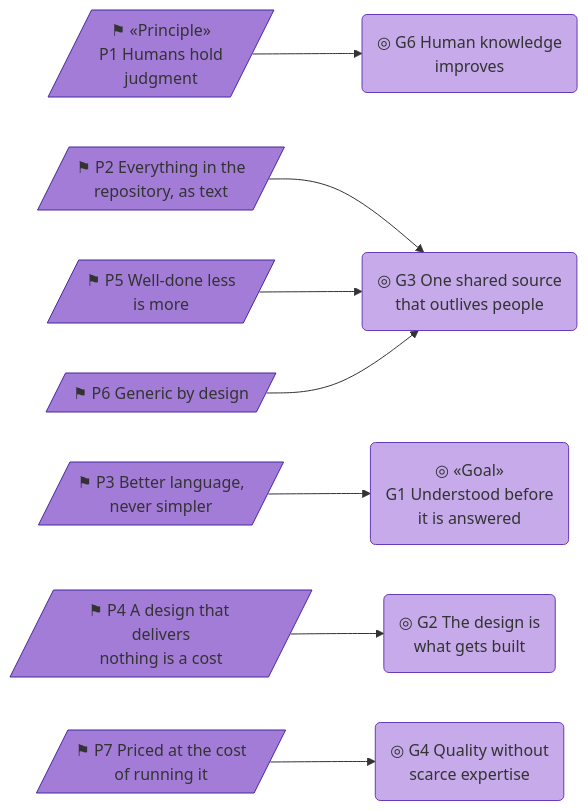
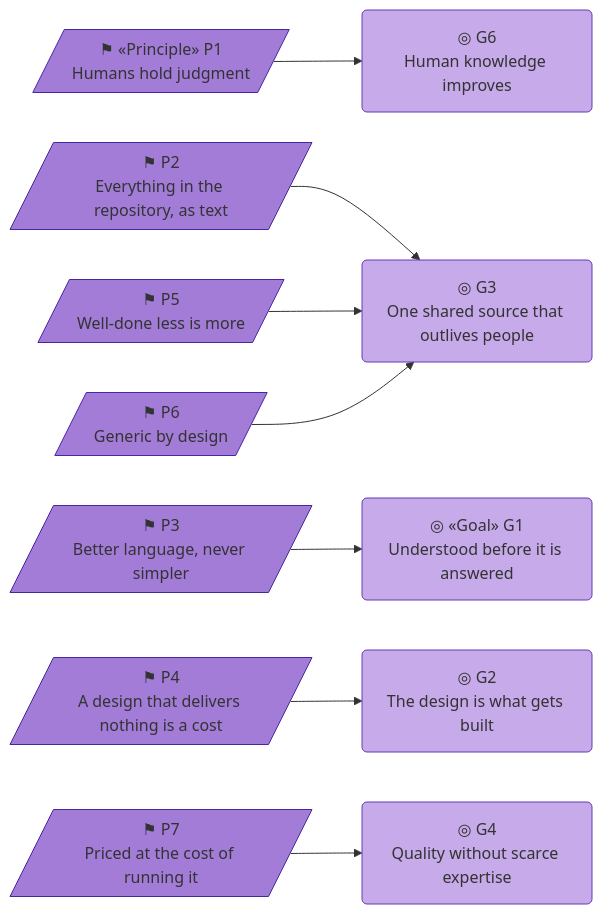
The seventh of 7 diagrams in organization/docs/ea/1_strategy/1_motivation.md (roanboc/architecture-archreator), drawn with Mermaid before and after one commit. The commit also changed other lines of this file and 6 other files, not shown here.

````diff
--- a/organization/docs/ea/1_strategy/1_motivation.md
+++ b/organization/docs/ea/1_strategy/1_motivation.md
@@ -337,27 +337,27 @@
 ```mermaid
 flowchart LR
-  p1[/"⚑ «Principle»<br>P1 Humans hold<br>judgment"/]:::principle
-  p2[/"⚑ P2 Everything in the<br>repository, as text"/]:::principle
-  p3[/"⚑ P3 Better language,<br>never simpler"/]:::principle
-  p4[/"⚑ P4 A design that delivers<br>nothing is a cost"/]:::principle
-  p5[/"⚑ P5 Well-done less<br>is more"/]:::principle
-  p6[/"⚑ P6 Generic by design"/]:::principle
-  p7[/"⚑ P7 Priced at the cost<br>of running it"/]:::principle
+  p1[/"⚑ «Principle» P1<br>Humans hold judgment"/]:::principle
+  p2[/"⚑ P2<br>Everything in the repository, as text"/]:::principle
+  p3[/"⚑ P3<br>Better language, never simpler"/]:::principle
+  p4[/"⚑ P4<br>A design that delivers nothing is a cost"/]:::principle
+  p5[/"⚑ P5<br>Well-done less is more"/]:::principle
+  p6[/"⚑ P6<br>Generic by design"/]:::principle
+  p7[/"⚑ P7<br>Priced at the cost of running it"/]:::principle
 
-  g1("◎ «Goal»<br>G1 Understood before<br>it is answered"):::goal
-  g2("◎ G2 The design is<br>what gets built"):::goal
-  g3("◎ G3 One shared source<br>that outlives people"):::goal
-  g4("◎ G4 Quality without<br>scarce expertise"):::goal
-  g6("◎ G6 Human knowledge<br>improves"):::goal
+  g1("◎ «Goal» G1<br>Understood before it is answered"):::goal
+  g2("◎ G2<br>The design is what gets built"):::goal
+  g3("◎ G3<br>One shared source that outlives people"):::goal
+  g4("◎ G4<br>Quality without scarce expertise"):::goal
+  g6("◎ G6<br>Human knowledge improves"):::goal
 
   p3 --> g1
   p4 --> g2
   p2 --> g3
   p5 --> g3
   p6 --> g3
   p7 --> g4
   p1 --> g6
 
   classDef principle fill:#a37cd8,stroke:#4527a0,color:#333
   classDef goal fill:#c6aae9,stroke:#673ab7,color:#333
 ```
````
